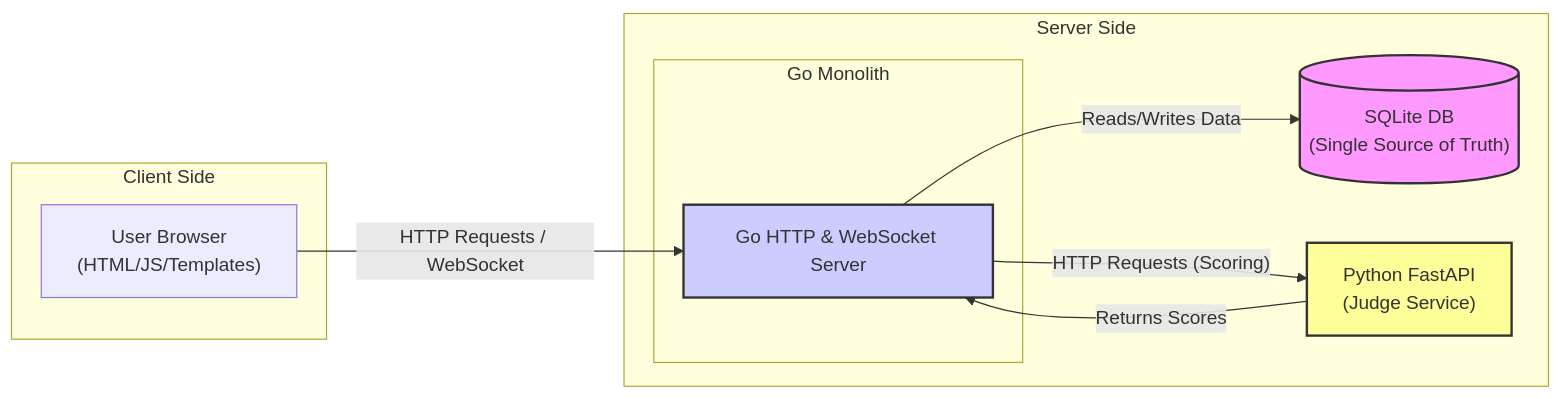
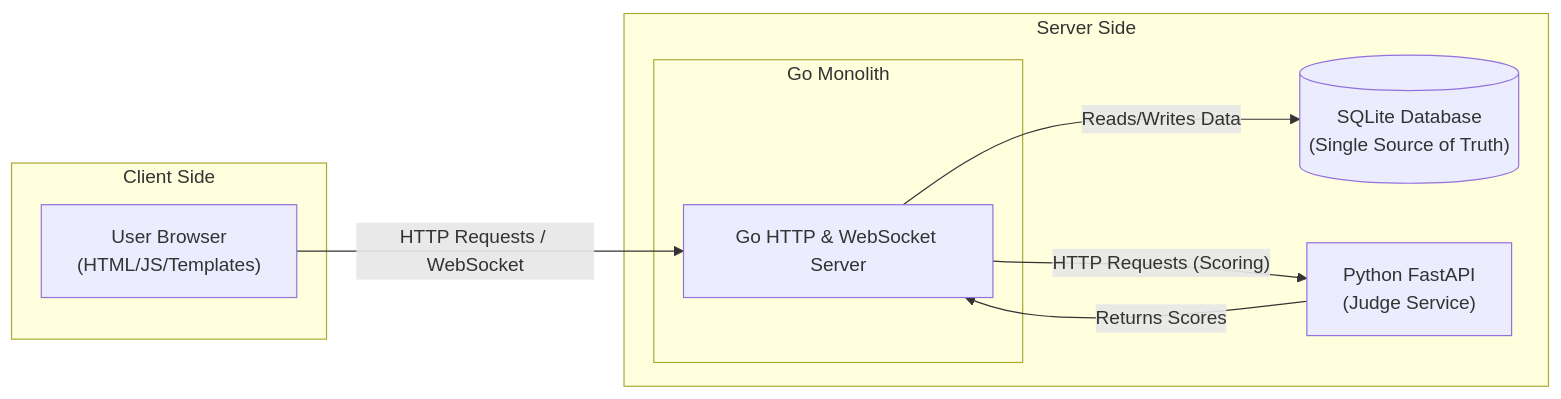
Before and after one commit to lavantien/llm-tournament: the first of 2 diagrams in README.md, drawn with Mermaid. The commit also changed other lines of this file and 2 other files, not shown here.

````diff
--- a/README.md
+++ b/README.md
@@ -146,23 +171,20 @@
 ```mermaid
 graph LR
     subgraph Client Side
         Browser["User Browser\n(HTML/JS/Templates)"]
     end
 
     subgraph Server Side
         subgraph Go Monolith
             HTTP_WS["Go HTTP & WebSocket Server"]
         end
-        SQLite[("SQLite DB\n(Single Source of Truth)")]
+
+        SQLite[("SQLite Database\n(Single Source of Truth)")]
         PythonService["Python FastAPI\n(Judge Service)"]
     end
 
     Browser -- "HTTP Requests / WebSocket" --> HTTP_WS
     HTTP_WS -- "Reads/Writes Data" --> SQLite
     HTTP_WS -- "HTTP Requests (Scoring)" --> PythonService
     PythonService -- "Returns Scores" --> HTTP_WS
-
-    style SQLite fill:#f9f,stroke:#333,stroke-width:2px
-    style PythonService fill:#ff9,stroke:#333,stroke-width:2px
-    style HTTP_WS fill:#ccf,stroke:#333,stroke-width:2px
 ```
````
